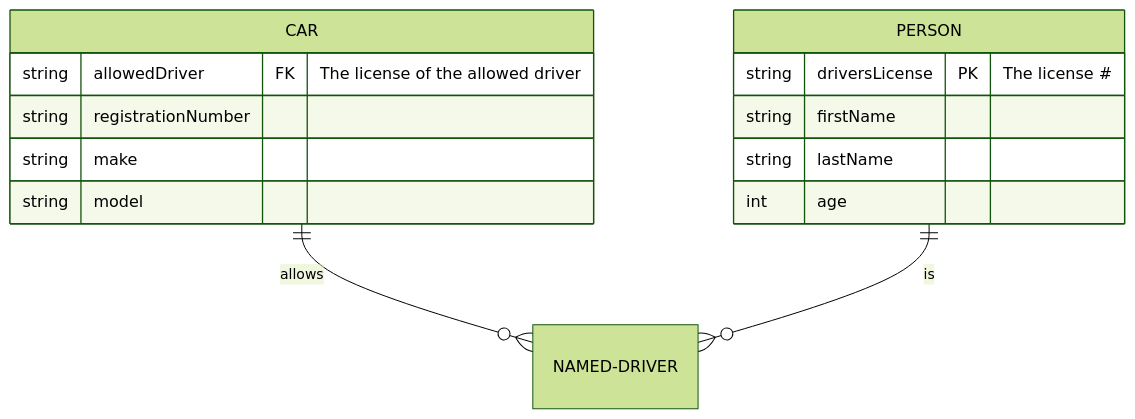
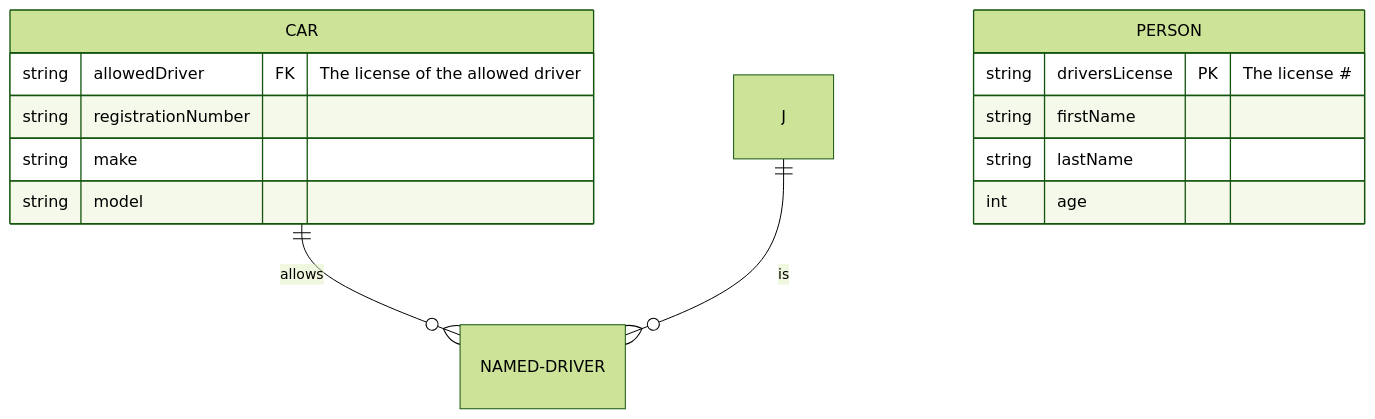
The diagram in all/未命名-3.md (milaLIAN/iodraw-files), drawn with Mermaid (forest theme) before and after one commit.

Commit message:
2024-05-10 17:20:20 update

````diff
--- a/all/未命名-3.md
+++ b/all/未命名-3.md
@@ -1,17 +1,17 @@
 ```mermaid
 erDiagram
     CAR ||--o{ NAMED-DRIVER : allows
     CAR {
         string allowedDriver FK "The license of the allowed driver"
         string registrationNumber
         string make
         string model
     }
-    PERSON ||--o{ NAMED-DRIVER : is
+    J ||--o{ NAMED-DRIVER : is
     PERSON {
         string driversLicense PK "The license #"
         string firstName
         string lastName
         int age
     }
 ```
````
